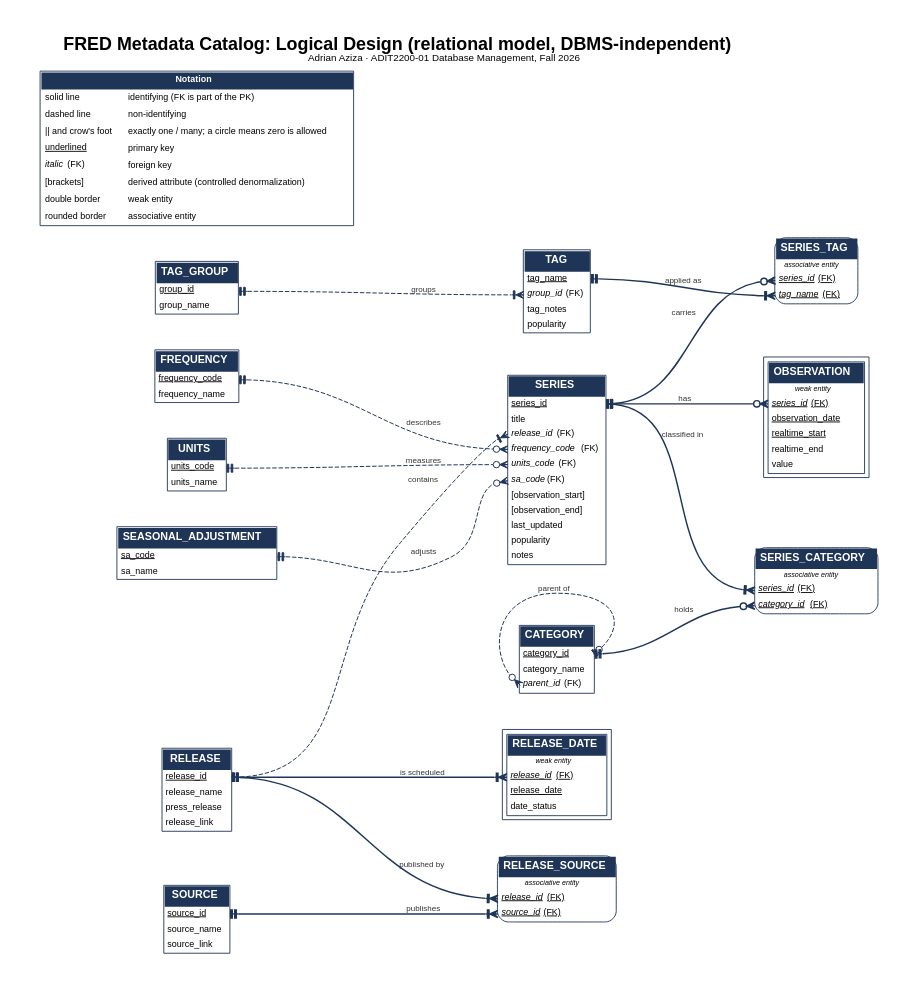
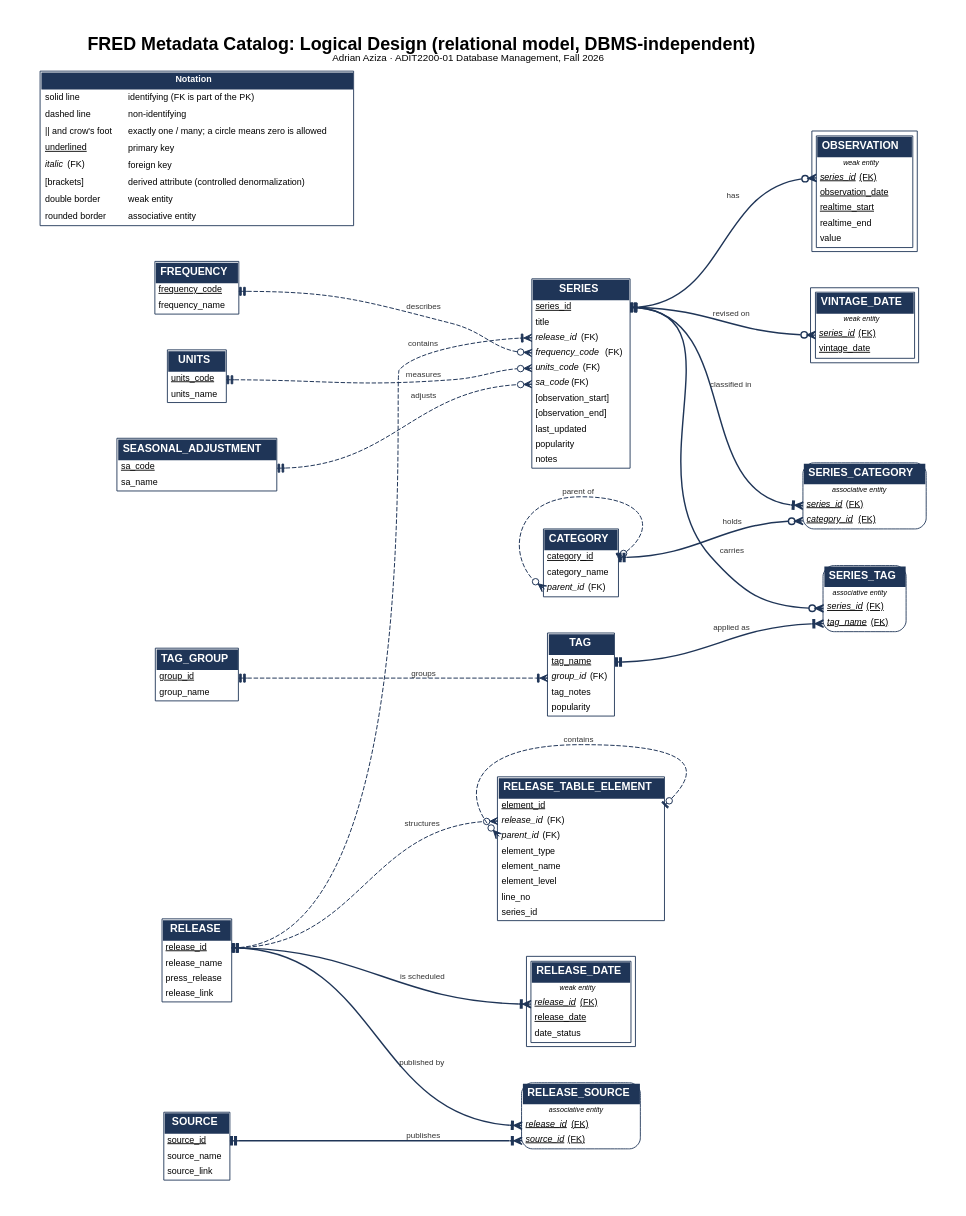
One commit to Radar41/Data_Retrival changed the diagram in docs/design/fred_logical_design.dot. Above: the diagram before and after it, drawn with Graphviz. The commit also changed 49 other files, not shown here.

First line of the commit message:
Add the release table tree and vintage dates to the catalog; loader --updates mode

```diff
--- a/docs/design/fred_logical_design.dot
+++ b/docs/design/fred_logical_design.dot
@@ -1,36 +1,41 @@
 digraph logical {
 graph [rankdir=LR, splines=spline, nodesep=0.45, ranksep=1.2, pad=0.4, fontname="Helvetica", labelloc=t, fontsize=20, label=<<B>FRED Metadata Catalog: Logical Design (relational model, DBMS-independent)</B><BR/><FONT POINT-SIZE="11">Adrian Aziza · ADIT2200-01 Database Management, Fall 2026</FONT>>];
 node [shape=plaintext, fontname="Helvetica", fontsize=10];
 edge [dir=both, color="#1f3557", fontname="Helvetica", fontsize=9, arrowsize=0.9, fontcolor="#333333"];
 "frequency" [label=<<TABLE BORDER="1" CELLBORDER="0" CELLSPACING="0" CELLPADDING="3" COLOR="#1f3557"><TR><TD COLSPAN="1" BGCOLOR="#1f3557" CELLPADDING="5"><FONT COLOR="white" POINT-SIZE="12"><B>FREQUENCY</B></FONT></TD></TR><TR><TD ALIGN="LEFT" PORT="frequency_code"><U>frequency_code</U></TD></TR><TR><TD ALIGN="LEFT" PORT="frequency_name">frequency_name</TD></TR></TABLE>>];
 "units" [label=<<TABLE BORDER="1" CELLBORDER="0" CELLSPACING="0" CELLPADDING="3" COLOR="#1f3557"><TR><TD COLSPAN="1" BGCOLOR="#1f3557" CELLPADDING="5"><FONT COLOR="white" POINT-SIZE="12"><B>UNITS</B></FONT></TD></TR><TR><TD ALIGN="LEFT" PORT="units_code"><U>units_code</U></TD></TR><TR><TD ALIGN="LEFT" PORT="units_name">units_name</TD></TR></TABLE>>];
 "seasonal_adjustment" [label=<<TABLE BORDER="1" CELLBORDER="0" CELLSPACING="0" CELLPADDING="3" COLOR="#1f3557"><TR><TD COLSPAN="1" BGCOLOR="#1f3557" CELLPADDING="5"><FONT COLOR="white" POINT-SIZE="12"><B>SEASONAL_ADJUSTMENT</B></FONT></TD></TR><TR><TD ALIGN="LEFT" PORT="sa_code"><U>sa_code</U></TD></TR><TR><TD ALIGN="LEFT" PORT="sa_name">sa_name</TD></TR></TABLE>>];
 "source" [label=<<TABLE BORDER="1" CELLBORDER="0" CELLSPACING="0" CELLPADDING="3" COLOR="#1f3557"><TR><TD COLSPAN="1" BGCOLOR="#1f3557" CELLPADDING="5"><FONT COLOR="white" POINT-SIZE="12"><B>SOURCE</B></FONT></TD></TR><TR><TD ALIGN="LEFT" PORT="source_id"><U>source_id</U></TD></TR><TR><TD ALIGN="LEFT" PORT="source_name">source_name</TD></TR><TR><TD ALIGN="LEFT" PORT="source_link">source_link</TD></TR></TABLE>>];
 "release" [label=<<TABLE BORDER="1" CELLBORDER="0" CELLSPACING="0" CELLPADDING="3" COLOR="#1f3557"><TR><TD COLSPAN="1" BGCOLOR="#1f3557" CELLPADDING="5"><FONT COLOR="white" POINT-SIZE="12"><B>RELEASE</B></FONT></TD></TR><TR><TD ALIGN="LEFT" PORT="release_id"><U>release_id</U></TD></TR><TR><TD ALIGN="LEFT" PORT="release_name">release_name</TD></TR><TR><TD ALIGN="LEFT" PORT="press_release">press_release</TD></TR><TR><TD ALIGN="LEFT" PORT="release_link">release_link</TD></TR></TABLE>>];
 "release_source" [label=<<TABLE BORDER="1" CELLBORDER="0" CELLSPACING="0" CELLPADDING="3" STYLE="ROUNDED" COLOR="#1f3557"><TR><TD COLSPAN="1" BGCOLOR="#1f3557" CELLPADDING="5"><FONT COLOR="white" POINT-SIZE="12"><B>RELEASE_SOURCE</B></FONT></TD></TR><TR><TD><FONT POINT-SIZE="8"><I>associative entity</I></FONT></TD></TR><TR><TD ALIGN="LEFT" PORT="release_id"><U><I>release_id</I> (FK)</U></TD></TR><TR><TD ALIGN="LEFT" PORT="source_id"><U><I>source_id</I> (FK)</U></TD></TR></TABLE>>];
 "release_date" [label=<<TABLE BORDER="1" CELLBORDER="0" CELLSPACING="2" COLOR="#1f3557"><TR><TD><TABLE BORDER="1" CELLBORDER="0" CELLSPACING="0" CELLPADDING="3" COLOR="#1f3557"><TR><TD COLSPAN="1" BGCOLOR="#1f3557" CELLPADDING="5"><FONT COLOR="white" POINT-SIZE="12"><B>RELEASE_DATE</B></FONT></TD></TR><TR><TD><FONT POINT-SIZE="8"><I>weak entity</I></FONT></TD></TR><TR><TD ALIGN="LEFT" PORT="release_id"><U><I>release_id</I> (FK)</U></TD></TR><TR><TD ALIGN="LEFT" PORT="release_date"><U>release_date</U></TD></TR><TR><TD ALIGN="LEFT" PORT="date_status">date_status</TD></TR></TABLE></TD></TR></TABLE>>];
+"release_table_element" [label=<<TABLE BORDER="1" CELLBORDER="0" CELLSPACING="0" CELLPADDING="3" COLOR="#1f3557"><TR><TD COLSPAN="1" BGCOLOR="#1f3557" CELLPADDING="5"><FONT COLOR="white" POINT-SIZE="12"><B>RELEASE_TABLE_ELEMENT</B></FONT></TD></TR><TR><TD ALIGN="LEFT" PORT="element_id"><U>element_id</U></TD></TR><TR><TD ALIGN="LEFT" PORT="release_id"><I>release_id</I> (FK)</TD></TR><TR><TD ALIGN="LEFT" PORT="parent_id"><I>parent_id</I> (FK)</TD></TR><TR><TD ALIGN="LEFT" PORT="element_type">element_type</TD></TR><TR><TD ALIGN="LEFT" PORT="element_name">element_name</TD></TR><TR><TD ALIGN="LEFT" PORT="element_level">element_level</TD></TR><TR><TD ALIGN="LEFT" PORT="line_no">line_no</TD></TR><TR><TD ALIGN="LEFT" PORT="series_id">series_id</TD></TR></TABLE>>];
 "category" [label=<<TABLE BORDER="1" CELLBORDER="0" CELLSPACING="0" CELLPADDING="3" COLOR="#1f3557"><TR><TD COLSPAN="1" BGCOLOR="#1f3557" CELLPADDING="5"><FONT COLOR="white" POINT-SIZE="12"><B>CATEGORY</B></FONT></TD></TR><TR><TD ALIGN="LEFT" PORT="category_id"><U>category_id</U></TD></TR><TR><TD ALIGN="LEFT" PORT="category_name">category_name</TD></TR><TR><TD ALIGN="LEFT" PORT="parent_id"><I>parent_id</I> (FK)</TD></TR></TABLE>>];
 "tag_group" [label=<<TABLE BORDER="1" CELLBORDER="0" CELLSPACING="0" CELLPADDING="3" COLOR="#1f3557"><TR><TD COLSPAN="1" BGCOLOR="#1f3557" CELLPADDING="5"><FONT COLOR="white" POINT-SIZE="12"><B>TAG_GROUP</B></FONT></TD></TR><TR><TD ALIGN="LEFT" PORT="group_id"><U>group_id</U></TD></TR><TR><TD ALIGN="LEFT" PORT="group_name">group_name</TD></TR></TABLE>>];
 "tag" [label=<<TABLE BORDER="1" CELLBORDER="0" CELLSPACING="0" CELLPADDING="3" COLOR="#1f3557"><TR><TD COLSPAN="1" BGCOLOR="#1f3557" CELLPADDING="5"><FONT COLOR="white" POINT-SIZE="12"><B>TAG</B></FONT></TD></TR><TR><TD ALIGN="LEFT" PORT="tag_name"><U>tag_name</U></TD></TR><TR><TD ALIGN="LEFT" PORT="group_id"><I>group_id</I> (FK)</TD></TR><TR><TD ALIGN="LEFT" PORT="tag_notes">tag_notes</TD></TR><TR><TD ALIGN="LEFT" PORT="popularity">popularity</TD></TR></TABLE>>];
 "series" [label=<<TABLE BORDER="1" CELLBORDER="0" CELLSPACING="0" CELLPADDING="3" COLOR="#1f3557"><TR><TD COLSPAN="1" BGCOLOR="#1f3557" CELLPADDING="5"><FONT COLOR="white" POINT-SIZE="12"><B>SERIES</B></FONT></TD></TR><TR><TD ALIGN="LEFT" PORT="series_id"><U>series_id</U></TD></TR><TR><TD ALIGN="LEFT" PORT="title">title</TD></TR><TR><TD ALIGN="LEFT" PORT="release_id"><I>release_id</I> (FK)</TD></TR><TR><TD ALIGN="LEFT" PORT="frequency_code"><I>frequency_code</I> (FK)</TD></TR><TR><TD ALIGN="LEFT" PORT="units_code"><I>units_code</I> (FK)</TD></TR><TR><TD ALIGN="LEFT" PORT="sa_code"><I>sa_code</I> (FK)</TD></TR><TR><TD ALIGN="LEFT" PORT="observation_start">[observation_start]</TD></TR><TR><TD ALIGN="LEFT" PORT="observation_end">[observation_end]</TD></TR><TR><TD ALIGN="LEFT" PORT="last_updated">last_updated</TD></TR><TR><TD ALIGN="LEFT" PORT="popularity">popularity</TD></TR><TR><TD ALIGN="LEFT" PORT="notes">notes</TD></TR></TABLE>>];
 "series_category" [label=<<TABLE BORDER="1" CELLBORDER="0" CELLSPACING="0" CELLPADDING="3" STYLE="ROUNDED" COLOR="#1f3557"><TR><TD COLSPAN="1" BGCOLOR="#1f3557" CELLPADDING="5"><FONT COLOR="white" POINT-SIZE="12"><B>SERIES_CATEGORY</B></FONT></TD></TR><TR><TD><FONT POINT-SIZE="8"><I>associative entity</I></FONT></TD></TR><TR><TD ALIGN="LEFT" PORT="series_id"><U><I>series_id</I> (FK)</U></TD></TR><TR><TD ALIGN="LEFT" PORT="category_id"><U><I>category_id</I> (FK)</U></TD></TR></TABLE>>];
 "series_tag" [label=<<TABLE BORDER="1" CELLBORDER="0" CELLSPACING="0" CELLPADDING="3" STYLE="ROUNDED" COLOR="#1f3557"><TR><TD COLSPAN="1" BGCOLOR="#1f3557" CELLPADDING="5"><FONT COLOR="white" POINT-SIZE="12"><B>SERIES_TAG</B></FONT></TD></TR><TR><TD><FONT POINT-SIZE="8"><I>associative entity</I></FONT></TD></TR><TR><TD ALIGN="LEFT" PORT="series_id"><U><I>series_id</I> (FK)</U></TD></TR><TR><TD ALIGN="LEFT" PORT="tag_name"><U><I>tag_name</I> (FK)</U></TD></TR></TABLE>>];
 "observation" [label=<<TABLE BORDER="1" CELLBORDER="0" CELLSPACING="2" COLOR="#1f3557"><TR><TD><TABLE BORDER="1" CELLBORDER="0" CELLSPACING="0" CELLPADDING="3" COLOR="#1f3557"><TR><TD COLSPAN="1" BGCOLOR="#1f3557" CELLPADDING="5"><FONT COLOR="white" POINT-SIZE="12"><B>OBSERVATION</B></FONT></TD></TR><TR><TD><FONT POINT-SIZE="8"><I>weak entity</I></FONT></TD></TR><TR><TD ALIGN="LEFT" PORT="series_id"><U><I>series_id</I> (FK)</U></TD></TR><TR><TD ALIGN="LEFT" PORT="observation_date"><U>observation_date</U></TD></TR><TR><TD ALIGN="LEFT" PORT="realtime_start"><U>realtime_start</U></TD></TR><TR><TD ALIGN="LEFT" PORT="realtime_end">realtime_end</TD></TR><TR><TD ALIGN="LEFT" PORT="value">value</TD></TR></TABLE></TD></TR></TABLE>>];
+"vintage_date" [label=<<TABLE BORDER="1" CELLBORDER="0" CELLSPACING="2" COLOR="#1f3557"><TR><TD><TABLE BORDER="1" CELLBORDER="0" CELLSPACING="0" CELLPADDING="3" COLOR="#1f3557"><TR><TD COLSPAN="1" BGCOLOR="#1f3557" CELLPADDING="5"><FONT COLOR="white" POINT-SIZE="12"><B>VINTAGE_DATE</B></FONT></TD></TR><TR><TD><FONT POINT-SIZE="8"><I>weak entity</I></FONT></TD></TR><TR><TD ALIGN="LEFT" PORT="series_id"><U><I>series_id</I> (FK)</U></TD></TR><TR><TD ALIGN="LEFT" PORT="vintage_date"><U>vintage_date</U></TD></TR></TABLE></TD></TR></TABLE>>];
 "release":"release_id":e -> "release_source":"release_id":w [arrowtail=teetee, arrowhead=crowtee, style=solid, penwidth=1.6, label=<published by>];
 "source":"source_id":e -> "release_source":"source_id":w [arrowtail=teetee, arrowhead=crowtee, style=solid, penwidth=1.6, label=<publishes>];
 "release":"release_id":e -> "release_date":"release_id":w [arrowtail=teetee, arrowhead=crowtee, style=solid, penwidth=1.6, label=<is scheduled>];
+"release":"release_id":e -> "release_table_element":"release_id":w [arrowtail=teetee, arrowhead=crowodot, style=dashed, penwidth=1.1, label=<structures>];
+"release_table_element":"element_id":e -> "release_table_element":"parent_id":w [arrowtail=teeodot, arrowhead=crowodot, style=dashed, penwidth=1.1, label=<contains>];
 "category":"category_id":e -> "category":"parent_id":w [arrowtail=teeodot, arrowhead=crowodot, style=dashed, penwidth=1.1, label=<parent of>];
 "tag_group":"group_id":e -> "tag":"group_id":w [arrowtail=teetee, arrowhead=crowtee, style=dashed, penwidth=1.1, label=<groups>];
 "release":"release_id":e -> "series":"release_id":w [arrowtail=teetee, arrowhead=crowtee, style=dashed, penwidth=1.1, label=<contains>];
 "frequency":"frequency_code":e -> "series":"frequency_code":w [arrowtail=teetee, arrowhead=crowodot, style=dashed, penwidth=1.1, label=<describes>];
 "units":"units_code":e -> "series":"units_code":w [arrowtail=teetee, arrowhead=crowodot, style=dashed, penwidth=1.1, label=<measures>];
 "seasonal_adjustment":"sa_code":e -> "series":"sa_code":w [arrowtail=teetee, arrowhead=crowodot, style=dashed, penwidth=1.1, label=<adjusts>];
 "series":"series_id":e -> "series_category":"series_id":w [arrowtail=teetee, arrowhead=crowtee, style=solid, penwidth=1.6, label=<classified in>];
 "category":"category_id":e -> "series_category":"category_id":w [arrowtail=teetee, arrowhead=crowodot, style=solid, penwidth=1.6, label=<holds>];
 "series":"series_id":e -> "series_tag":"series_id":w [arrowtail=teetee, arrowhead=crowodot, style=solid, penwidth=1.6, label=<carries>];
 "tag":"tag_name":e -> "series_tag":"tag_name":w [arrowtail=teetee, arrowhead=crowtee, style=solid, penwidth=1.6, label=<applied as>];
 "series":"series_id":e -> "observation":"series_id":w [arrowtail=teetee, arrowhead=crowodot, style=solid, penwidth=1.6, label=<has>];
+"series":"series_id":e -> "vintage_date":"series_id":w [arrowtail=teetee, arrowhead=crowodot, style=solid, penwidth=1.6, label=<revised on>];
 {rank=same; frequency; units; seasonal_adjustment;}
 {rank=same; tag_group; source;}
 legend [label=<<TABLE BORDER="1" CELLBORDER="0" CELLSPACING="0" CELLPADDING="4" COLOR="#1f3557"><TR><TD COLSPAN="2" BGCOLOR="#1f3557"><FONT COLOR="white"><B>Notation</B></FONT></TD></TR><TR><TD ALIGN="LEFT">solid line</TD><TD ALIGN="LEFT">identifying (FK is part of the PK)</TD></TR><TR><TD ALIGN="LEFT">dashed line</TD><TD ALIGN="LEFT">non-identifying</TD></TR><TR><TD ALIGN="LEFT">|| and crow's foot</TD><TD ALIGN="LEFT">exactly one / many; a circle means zero is allowed</TD></TR><TR><TD ALIGN="LEFT"><U>underlined</U></TD><TD ALIGN="LEFT">primary key</TD></TR><TR><TD ALIGN="LEFT"><I>italic</I> (FK)</TD><TD ALIGN="LEFT">foreign key</TD></TR><TR><TD ALIGN="LEFT">[brackets]</TD><TD ALIGN="LEFT">derived attribute (controlled denormalization)</TD></TR><TR><TD ALIGN="LEFT">double border</TD><TD ALIGN="LEFT">weak entity</TD></TR><TR><TD ALIGN="LEFT">rounded border</TD><TD ALIGN="LEFT">associative entity</TD></TR></TABLE>>];
 }
```
